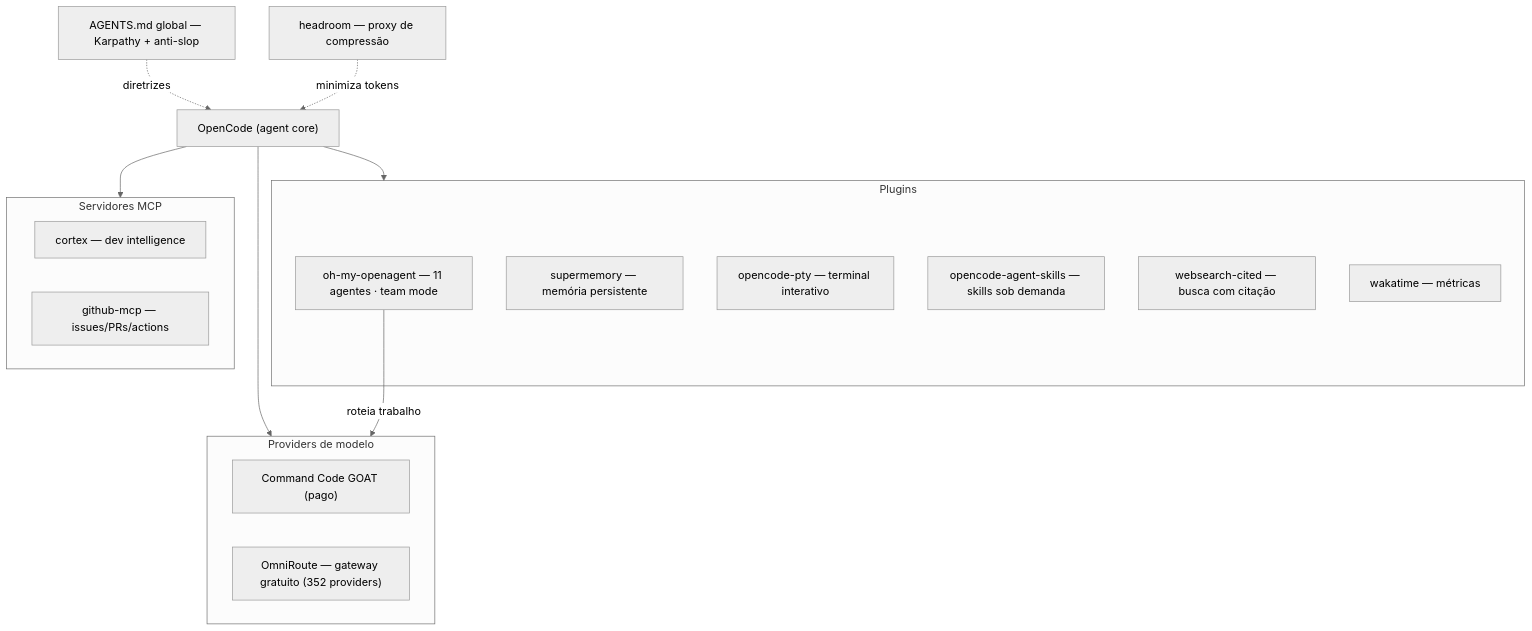
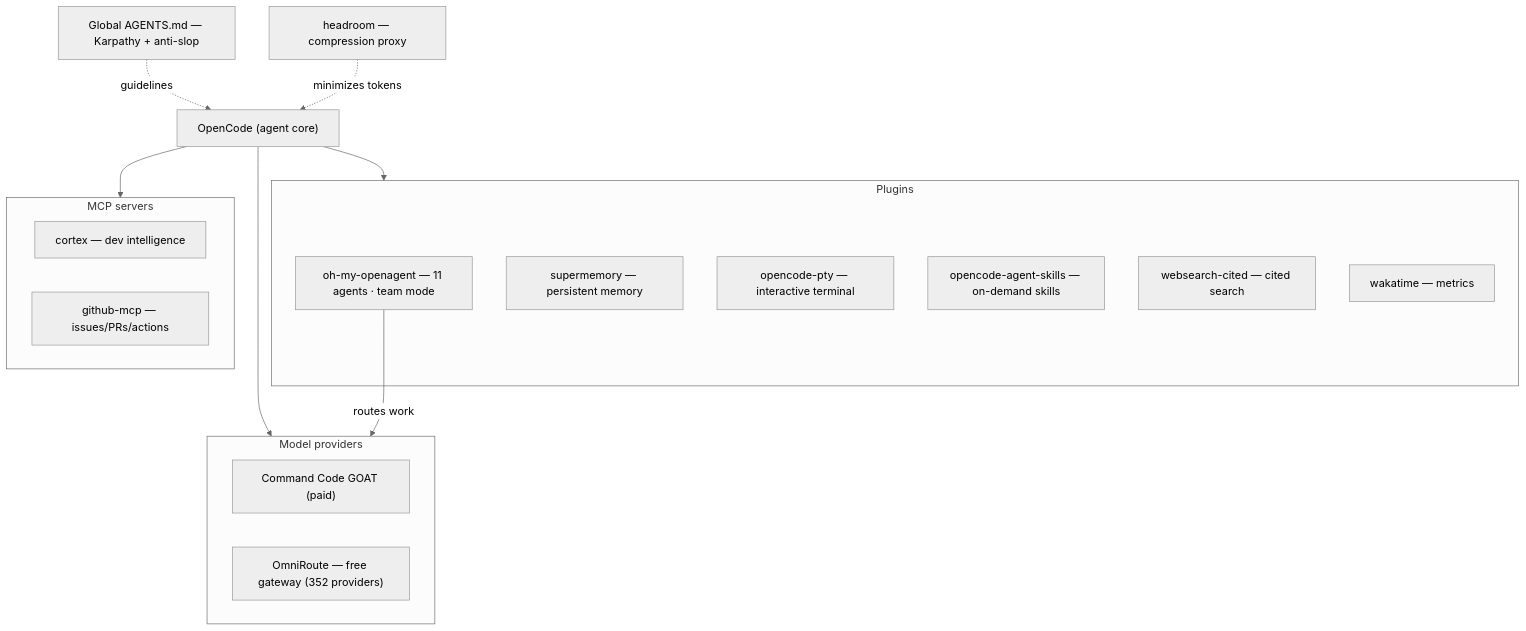
The diagram in README.md (benogoulart/opencode-ultra-setup), drawn with Mermaid (neutral theme) before and after one commit. The commit also changed other lines of this file and 13 other files, not shown here.

````diff
--- a/README.md
+++ b/README.md
@@ -66,30 +66,30 @@
 ```mermaid
 graph TD
     Oc["OpenCode (agent core)"] --> Plugins
     Oc --> Mcp
     Oc --> Providers
 
-    GS["AGENTS.md global — Karpathy + anti-slop"] -.->|diretrizes| Oc
-    Hd["headroom — proxy de compressão"] -.->|minimiza tokens| Oc
+    GS["Global AGENTS.md — Karpathy + anti-slop"] -.->|guidelines| Oc
+    Hd["headroom — compression proxy"] -.->|minimizes tokens| Oc
 
     subgraph Plugins["Plugins"]
-        OMO["oh-my-openagent — 11 agentes · team mode"]
-        SM["supermemory — memória persistente"]
-        PTY["opencode-pty — terminal interativo"]
-        SK["opencode-agent-skills — skills sob demanda"]
-        WS["websearch-cited — busca com citação"]
-        WK["wakatime — métricas"]
+        OMO["oh-my-openagent — 11 agents · team mode"]
+        SM["supermemory — persistent memory"]
+        PTY["opencode-pty — interactive terminal"]
+        SK["opencode-agent-skills — on-demand skills"]
+        WS["websearch-cited — cited search"]
+        WK["wakatime — metrics"]
     end
 
-    subgraph Mcp["Servidores MCP"]
+    subgraph Mcp["MCP servers"]
         CX["cortex — dev intelligence"]
         GH["github-mcp — issues/PRs/actions"]
     end
 
-    subgraph Providers["Providers de modelo"]
-        GOAT["Command Code GOAT (pago)"]
-        OR["OmniRoute — gateway gratuito (352 providers)"]
+    subgraph Providers["Model providers"]
+        GOAT["Command Code GOAT (paid)"]
+        OR["OmniRoute — free gateway (352 providers)"]
     end
 
-    OMO -->|roteia trabalho| Providers
+    OMO -->|routes work| Providers
 ```
````
